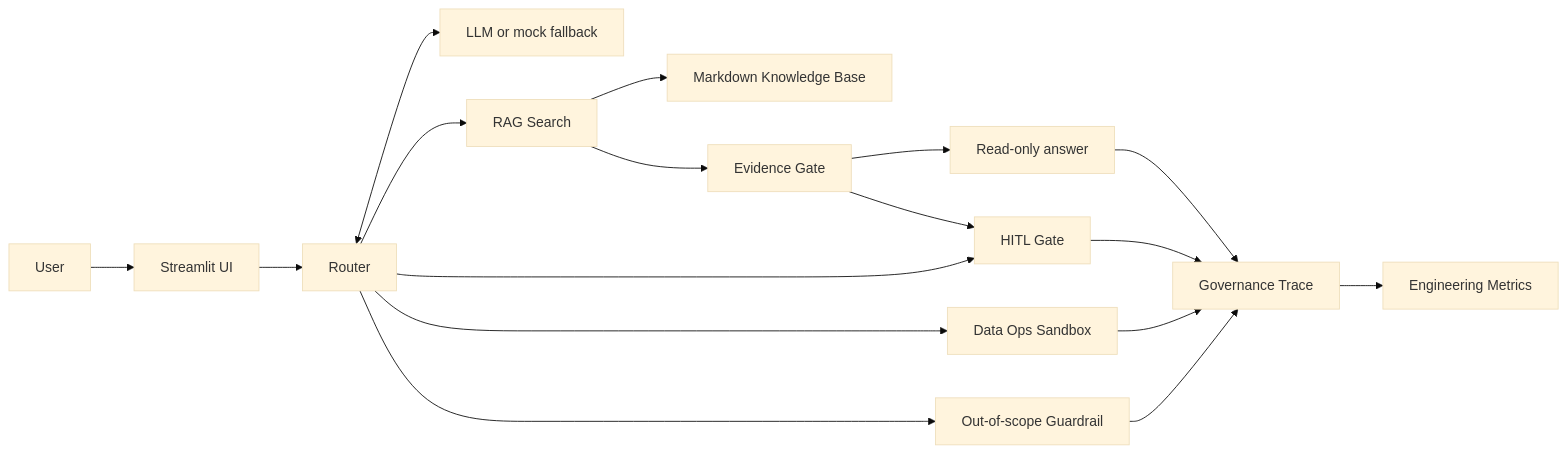
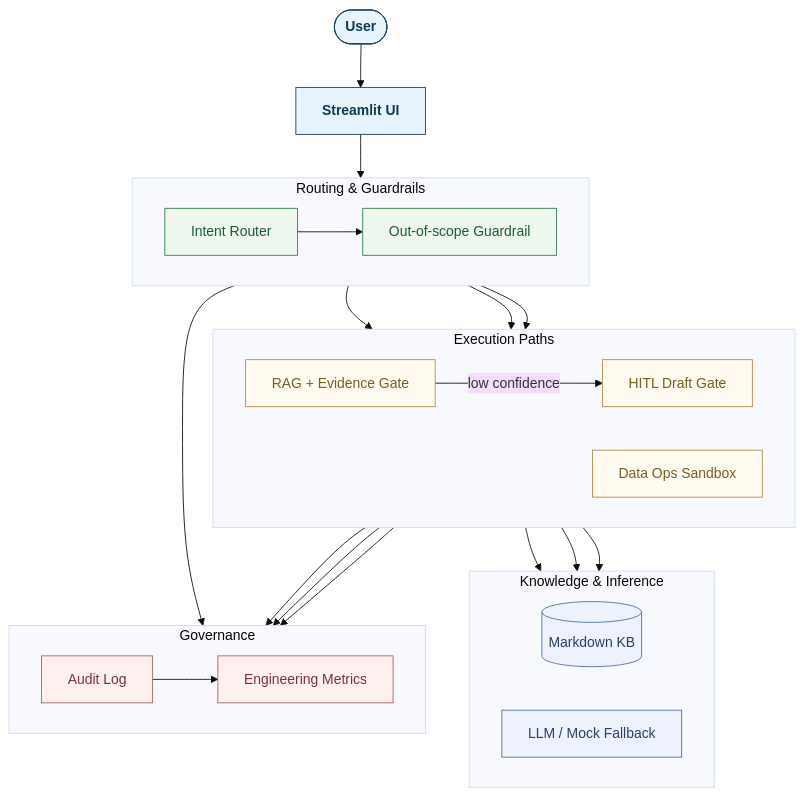
Before and after one commit to lyh26x03/governed-agent-workflow-demo: the first of 2 diagrams in README.md, drawn with Mermaid (base theme). The commit also changed other lines of this file and 3 other files, not shown here.

````diff
--- a/README.md
+++ b/README.md
@@ -24,19 +25,50 @@
 ```mermaid
-flowchart LR
-    U[User] --> UI[Streamlit UI]
-    UI --> R[Router]
-    R <--> L[LLM or mock fallback]
-    R --> S[RAG Search]
-    S --> KB[Markdown Knowledge Base]
-    S --> E[Evidence Gate]
-    E --> A[Read-only answer]
-    E --> H[HITL Gate]
-    R --> H
-    R --> D[Data Ops Sandbox]
-    R --> O[Out-of-scope Guardrail]
-    A --> G[Governance Trace]
-    H --> G
-    D --> G
-    O --> G
-    G --> M[Engineering Metrics]
+flowchart TD
+    classDef userNode   fill:#E8F4FD,stroke:#0E3A5B,color:#0E3A5B,font-weight:bold
+    classDef routeNode  fill:#EDF7ED,stroke:#2F7D4A,color:#1A5C35
+    classDef execNode   fill:#FFFBF0,stroke:#B68A3D,color:#7A5C25
+    classDef knowNode   fill:#EEF2FF,stroke:#4A6FA5,color:#2A3F6A
+    classDef govNode    fill:#FFF0F0,stroke:#A85F5F,color:#7A3535
+
+    U([User]):::userNode --> UI[Streamlit UI]:::userNode
+
+    subgraph ROUTE ["Routing & Guardrails"]
+        direction LR
+        IR[Intent Router]:::routeNode
+        OG[Out-of-scope Guardrail]:::routeNode
+    end
+
+    subgraph EXEC ["Execution Paths"]
+        direction LR
+        RAG[RAG + Evidence Gate]:::execNode
+        HITL[HITL Draft Gate]:::execNode
+        SBX[Data Ops Sandbox]:::execNode
+    end
+
+    subgraph KNOW ["Knowledge & Inference"]
+        direction LR
+        KB[(Markdown KB)]:::knowNode
+        LLM[LLM / Mock Fallback]:::knowNode
+    end
+
+    subgraph GOV ["Governance"]
+        direction LR
+        AL[Audit Log]:::govNode
+        MT[Engineering Metrics]:::govNode
+    end
+
+    UI --> IR
+    IR --> OG
+    IR --> RAG
+    IR --> HITL
+    IR --> SBX
+    RAG --> KB
+    RAG --> LLM
+    HITL --> LLM
+    RAG -- "low confidence" --> HITL
+    OG --> AL
+    RAG --> AL
+    HITL --> AL
+    SBX --> AL
+    AL --> MT
 ```
````
